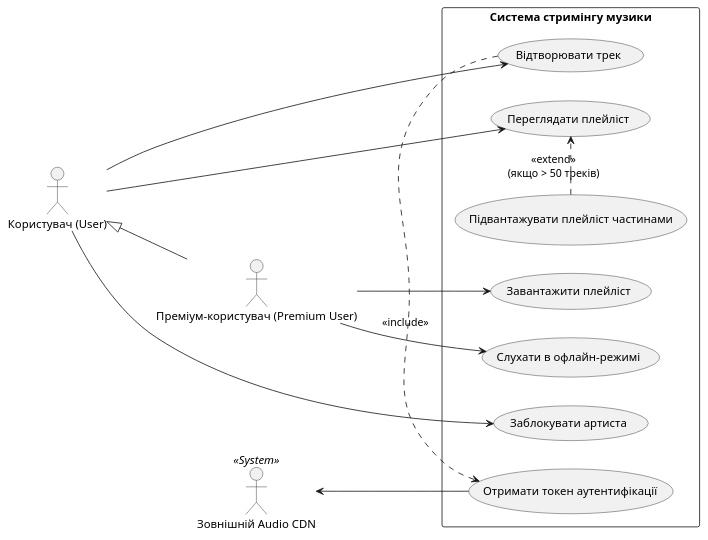
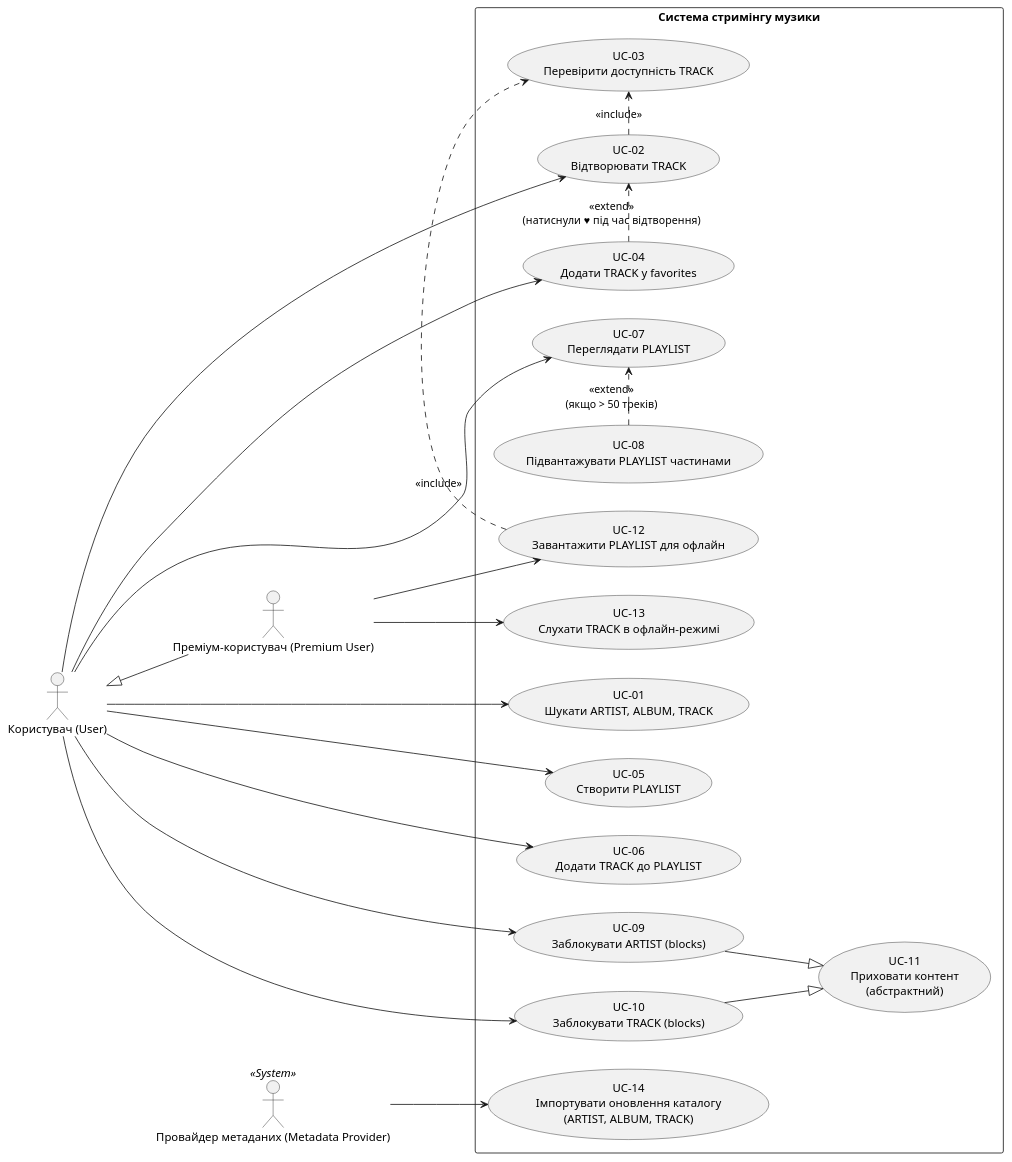
The diagram in usecase.puml (ranenneyoulikemore/music-app-er), drawn with PlantUML before and after one commit. The commit also changed 3 other files, not shown here.

```diff
--- a/usecase.puml
+++ b/usecase.puml
@@ -1,37 +1,57 @@
 @startuml
 left to right direction
 
 actor "Користувач (User)" as User
 actor "Преміум-користувач (Premium User)" as PremiumUser
-actor "Зовнішній Audio CDN" as CDN << System >>
+actor "Провайдер метаданих (Metadata Provider)" as MetadataProvider << System >>
 
+' Успадкування акторів
 User <|-- PremiumUser
 
 rectangle "Система стримінгу музики" {
-  usecase "Відтворювати трек" as UC_PlayTrack
-  usecase "Заблокувати артиста" as UC_BlockArtist
-  usecase "Отримати токен аутентифікації" as UC_GetToken
-  usecase "Переглядати плейліст" as UC_ViewPlaylist
-  usecase "Підвантажувати плейліст частинами" as UC_Paginate
-  usecase "Завантажити плейліст" as UC_Download
-  usecase "Слухати в офлайн-режимі" as UC_OfflinePlay
+  usecase "UC-01\nШукати ARTIST, ALBUM, TRACK" as UC_Search
+  usecase "UC-02\nВідтворювати TRACK" as UC_PlayTrack
+  usecase "UC-03\nПеревірити доступність TRACK" as UC_CheckAvailability
+  usecase "UC-04\nДодати TRACK у favorites" as UC_FavoriteTrack
+  usecase "UC-05\nСтворити PLAYLIST" as UC_CreatePlaylist
+  usecase "UC-06\nДодати TRACK до PLAYLIST" as UC_AddTrackToPlaylist
+  usecase "UC-07\nПереглядати PLAYLIST" as UC_ViewPlaylist
+  usecase "UC-08\nПідвантажувати PLAYLIST частинами" as UC_Paginate
+  usecase "UC-09\nЗаблокувати ARTIST (blocks)" as UC_BlockArtist
+  usecase "UC-10\nЗаблокувати TRACK (blocks)" as UC_BlockTrack
+  usecase "UC-11\nПриховати контент\n(абстрактний)" as UC_HideContent
+  usecase "UC-12\nЗавантажити PLAYLIST для офлайн" as UC_DownloadPlaylist
+  usecase "UC-13\nСлухати TRACK в офлайн-режимі" as UC_PlayOffline
+  usecase "UC-14\nІмпортувати оновлення каталогу\n(ARTIST, ALBUM, TRACK)" as UC_ImportCatalog
 }
 
-' Зв'язки акторів із прецедентами
+' Зв'язки Звичайного користувача
+User --> UC_Search
 User --> UC_PlayTrack
+User --> UC_FavoriteTrack
+User --> UC_CreatePlaylist
+User --> UC_AddTrackToPlaylist
+User --> UC_ViewPlaylist
 User --> UC_BlockArtist
-User --> UC_ViewPlaylist
+User --> UC_BlockTrack
 
-PremiumUser --> UC_Download
-PremiumUser --> UC_OfflinePlay
+' Зв'язки Преміум-користувача
+PremiumUser --> UC_DownloadPlaylist
+PremiumUser --> UC_PlayOffline
 
-' Взаємодія з зовнішньою системою
-CDN <-- UC_GetToken
+' Зв'язки Зовнішньої системи (сама ініціює прецедент)
+MetadataProvider --> UC_ImportCatalog
 
-' Включення (include)
-UC_PlayTrack .> UC_GetToken : <<include>>
+' Зв'язки включення (include)
+UC_PlayTrack .> UC_CheckAvailability : <<include>>
+UC_DownloadPlaylist .> UC_CheckAvailability : <<include>>
 
-' Розширення (extend)
+' Зв'язки розширення (extend)
+UC_FavoriteTrack .> UC_PlayTrack : <<extend>>\n(натиснули ♥ під час відтворення)
 UC_Paginate .> UC_ViewPlaylist : <<extend>>\n(якщо > 50 треків)
 
+' Узагальнення прецедентів
+UC_BlockArtist --|> UC_HideContent
+UC_BlockTrack --|> UC_HideContent
+
 @enduml
```
